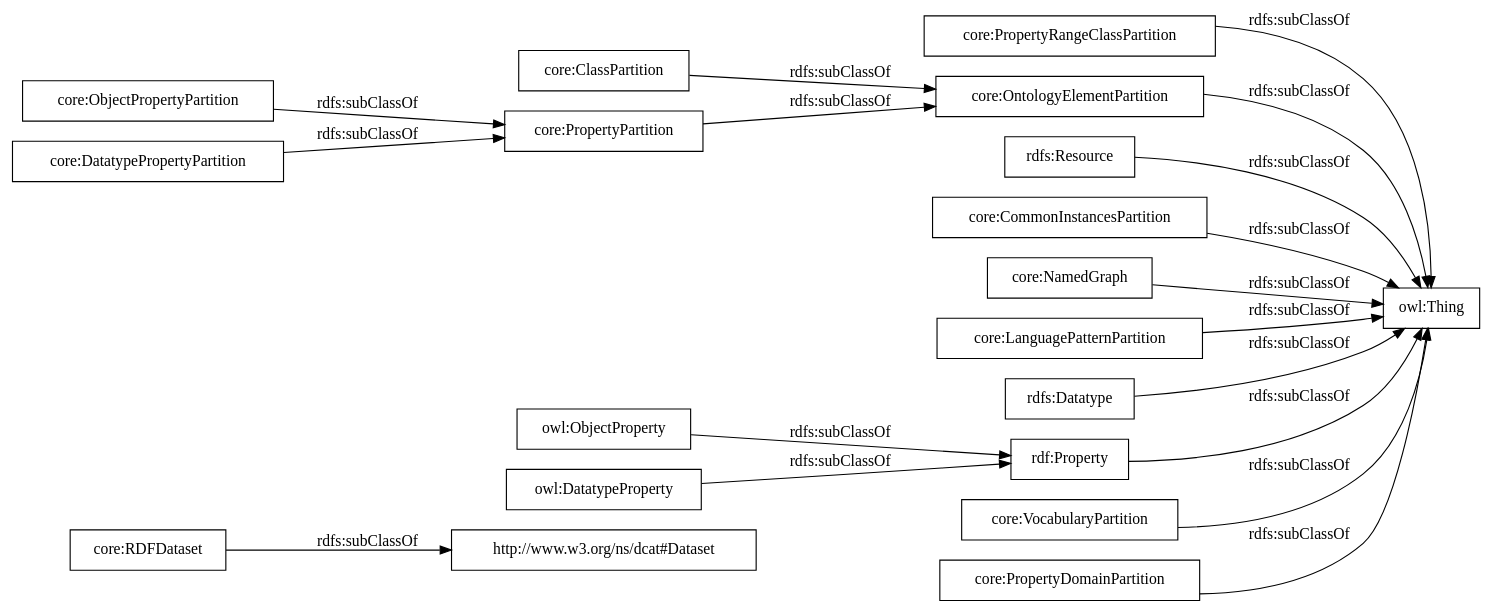
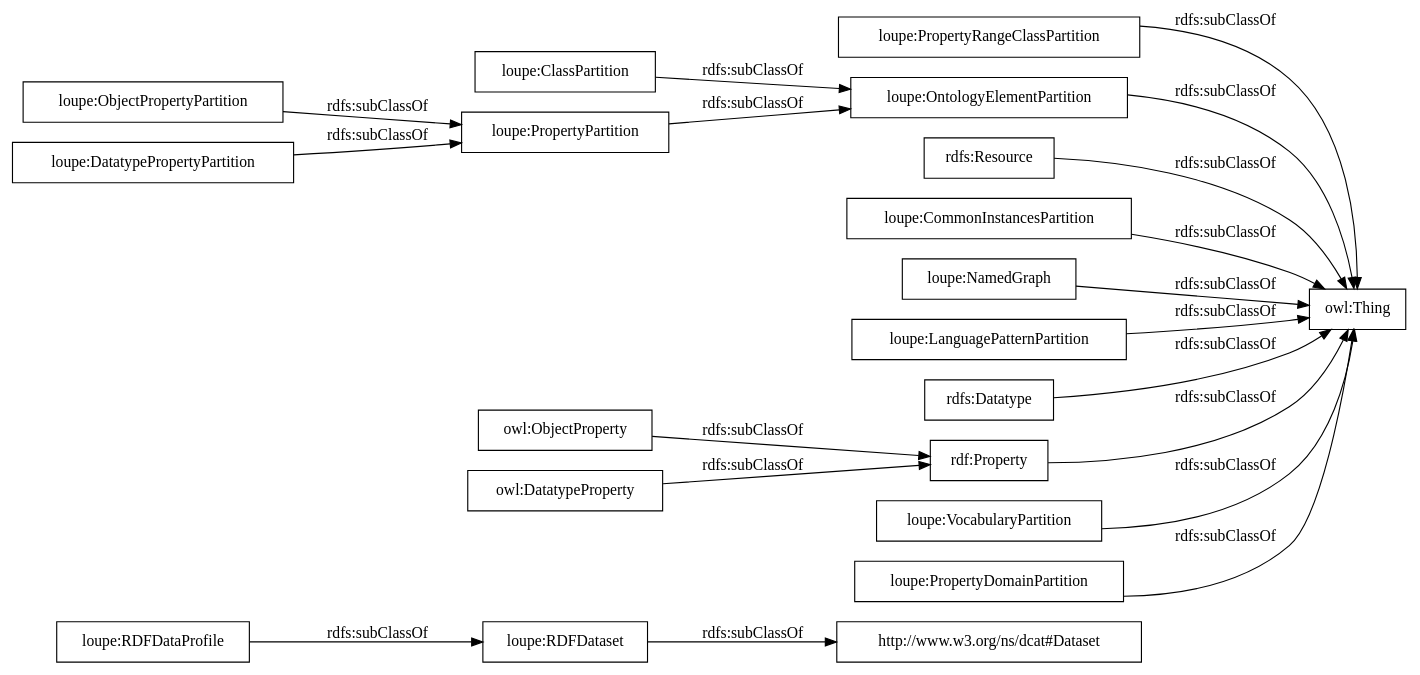
The diagram in OnToology/src/ontology/loupe-ontology.owl/diagrams/ar2dtool-taxonomy/loupe-ontology.owl.png.dot (nandana/loupe-ontology), drawn with Graphviz before and after one commit. The commit also changed 17 other files, not shown here.

```diff
--- a/OnToology/src/ontology/loupe-ontology.owl/diagrams/ar2dtool-taxonomy/loupe-ontology.owl.png.dot
+++ b/OnToology/src/ontology/loupe-ontology.owl/diagrams/ar2dtool-taxonomy/loupe-ontology.owl.png.dot
@@ -1,23 +1,24 @@
 digraph ar2dtool_diagram { 
 rankdir=LR;
 size="1000"
-node [shape = rectangle, color="black"]; "core:RDFDataset" "http://www.w3.org/ns/dcat#Dataset" "core:PropertyRangeClassPartition" "core:OntologyElementPartition" "core:ObjectPropertyPartition" "owl:ObjectProperty" "rdfs:Resource" "core:ClassPartition" "core:CommonInstancesPartition" "core:NamedGraph" "core:LanguagePatternPartition" "rdfs:Datatype" "rdf:Property" "owl:DatatypeProperty" "core:PropertyPartition" "core:DatatypePropertyPartition" "core:VocabularyPartition" "core:PropertyDomainPartition" ; /*classes style*/
-	"core:RDFDataset" -> "http://www.w3.org/ns/dcat#Dataset" [ label = "rdfs:subClassOf" ];
+node [shape = rectangle, color="black"]; "loupe:RDFDataset" "http://www.w3.org/ns/dcat#Dataset" "loupe:PropertyRangeClassPartition" "loupe:OntologyElementPartition" "loupe:ObjectPropertyPartition" "owl:ObjectProperty" "rdfs:Resource" "loupe:ClassPartition" "loupe:CommonInstancesPartition" "loupe:NamedGraph" "loupe:RDFDataProfile" "loupe:LanguagePatternPartition" "rdfs:Datatype" "rdf:Property" "owl:DatatypeProperty" "loupe:PropertyPartition" "loupe:DatatypePropertyPartition" "loupe:VocabularyPartition" "loupe:PropertyDomainPartition" ; /*classes style*/
+	"loupe:OntologyElementPartition" -> "owl:Thing" [ label = "rdfs:subClassOf" ];
+	"loupe:LanguagePatternPartition" -> "owl:Thing" [ label = "rdfs:subClassOf" ];
+	"loupe:VocabularyPartition" -> "owl:Thing" [ label = "rdfs:subClassOf" ];
+	"loupe:NamedGraph" -> "owl:Thing" [ label = "rdfs:subClassOf" ];
+	"rdf:Property" -> "owl:Thing" [ label = "rdfs:subClassOf" ];
+	"loupe:PropertyRangeClassPartition" -> "owl:Thing" [ label = "rdfs:subClassOf" ];
+	"owl:DatatypeProperty" -> "rdf:Property" [ label = "rdfs:subClassOf" ];
+	"owl:ObjectProperty" -> "rdf:Property" [ label = "rdfs:subClassOf" ];
+	"rdfs:Datatype" -> "owl:Thing" [ label = "rdfs:subClassOf" ];
+	"loupe:PropertyPartition" -> "loupe:OntologyElementPartition" [ label = "rdfs:subClassOf" ];
 	"rdfs:Resource" -> "owl:Thing" [ label = "rdfs:subClassOf" ];
-	"core:ObjectPropertyPartition" -> "core:PropertyPartition" [ label = "rdfs:subClassOf" ];
-	"rdf:Property" -> "owl:Thing" [ label = "rdfs:subClassOf" ];
-	"core:DatatypePropertyPartition" -> "core:PropertyPartition" [ label = "rdfs:subClassOf" ];
-	"core:OntologyElementPartition" -> "owl:Thing" [ label = "rdfs:subClassOf" ];
-	"core:PropertyPartition" -> "core:OntologyElementPartition" [ label = "rdfs:subClassOf" ];
-	"core:CommonInstancesPartition" -> "owl:Thing" [ label = "rdfs:subClassOf" ];
-	"owl:DatatypeProperty" -> "rdf:Property" [ label = "rdfs:subClassOf" ];
-	"core:LanguagePatternPartition" -> "owl:Thing" [ label = "rdfs:subClassOf" ];
-	"core:VocabularyPartition" -> "owl:Thing" [ label = "rdfs:subClassOf" ];
-	"core:ClassPartition" -> "core:OntologyElementPartition" [ label = "rdfs:subClassOf" ];
-	"core:NamedGraph" -> "owl:Thing" [ label = "rdfs:subClassOf" ];
-	"core:PropertyRangeClassPartition" -> "owl:Thing" [ label = "rdfs:subClassOf" ];
-	"owl:ObjectProperty" -> "rdf:Property" [ label = "rdfs:subClassOf" ];
-	"core:PropertyDomainPartition" -> "owl:Thing" [ label = "rdfs:subClassOf" ];
-	"rdfs:Datatype" -> "owl:Thing" [ label = "rdfs:subClassOf" ];
+	"loupe:RDFDataProfile" -> "loupe:RDFDataset" [ label = "rdfs:subClassOf" ];
+	"loupe:ObjectPropertyPartition" -> "loupe:PropertyPartition" [ label = "rdfs:subClassOf" ];
+	"loupe:PropertyDomainPartition" -> "owl:Thing" [ label = "rdfs:subClassOf" ];
+	"loupe:DatatypePropertyPartition" -> "loupe:PropertyPartition" [ label = "rdfs:subClassOf" ];
+	"loupe:ClassPartition" -> "loupe:OntologyElementPartition" [ label = "rdfs:subClassOf" ];
+	"loupe:CommonInstancesPartition" -> "owl:Thing" [ label = "rdfs:subClassOf" ];
+	"loupe:RDFDataset" -> "http://www.w3.org/ns/dcat#Dataset" [ label = "rdfs:subClassOf" ];
 
 }
```
